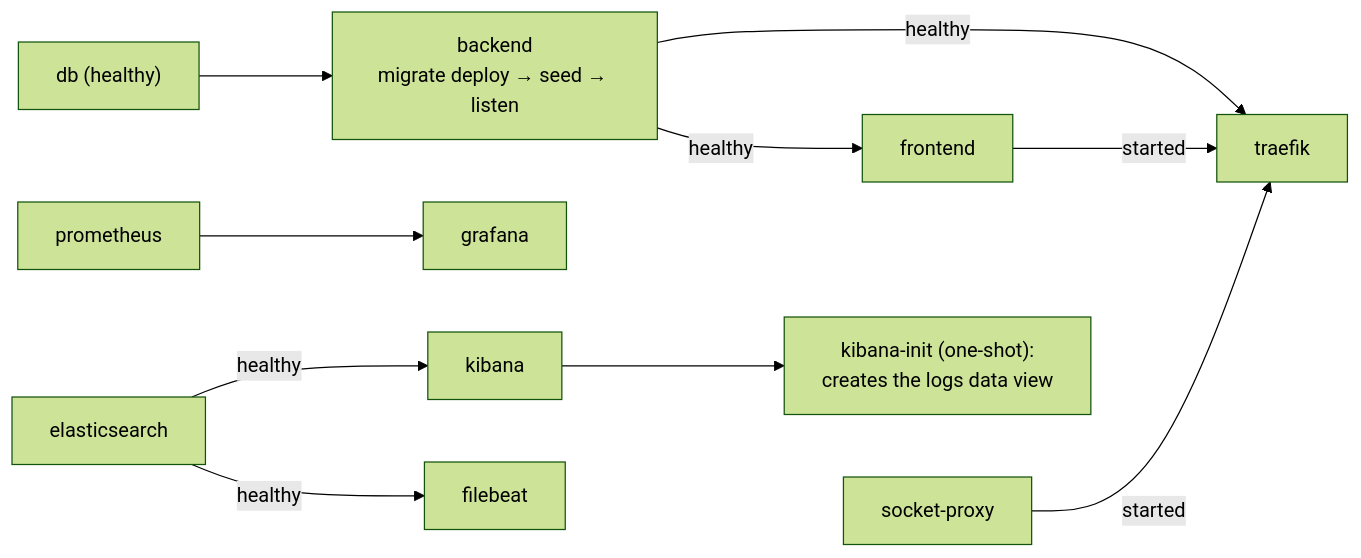
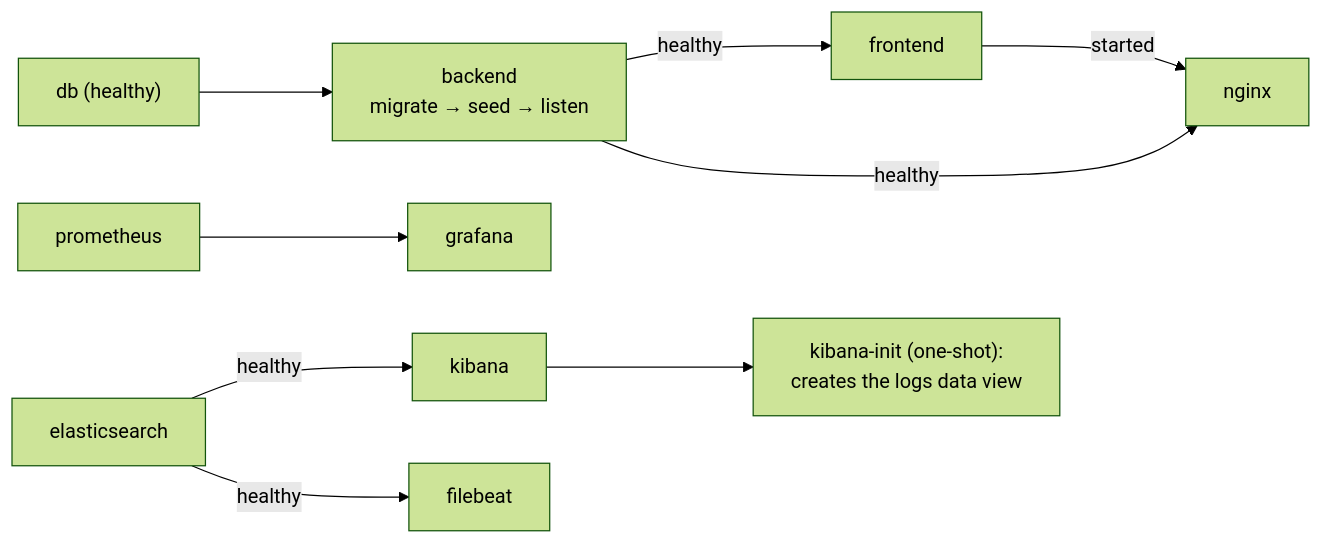
One commit to dmytronedilko/meeting-room-booking changed the second of 2 diagrams in README.md. Above: the diagram before and after it, drawn with Mermaid (forest theme). The commit also changed other lines of this file and 55 other files, not shown here.

First line of the commit message:
refactor(backend): migrate from Prisma 7 to Drizzle ORM

````diff
--- a/README.md
+++ b/README.md
@@ -88,12 +85,11 @@
 ```mermaid
 flowchart LR
-    db["db (healthy)"] --> backend["backend<br/>migrate deploy → seed → listen"]
+    db["db (healthy)"] --> backend["backend<br/>migrate → seed → listen"]
     backend -- "healthy" --> frontend
-    backend -- "healthy" --> traefik
-    frontend -- "started" --> traefik
-    socketProxy["socket-proxy"] -- "started" --> traefik
+    backend -- "healthy" --> nginx
+    frontend -- "started" --> nginx
     prometheus --> grafana
     elasticsearch -- "healthy" --> kibana
     elasticsearch -- "healthy" --> filebeat
     kibana --> kibanaInit["kibana-init (one-shot):<br/>creates the logs data view"]
 ```
````
